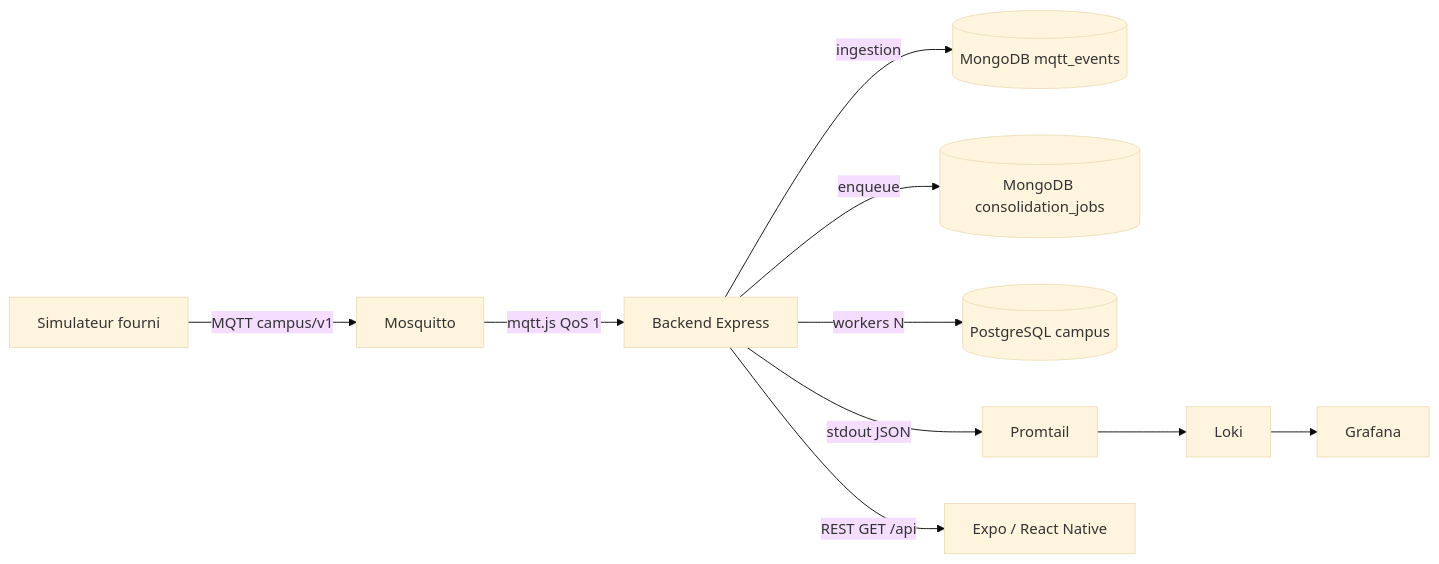
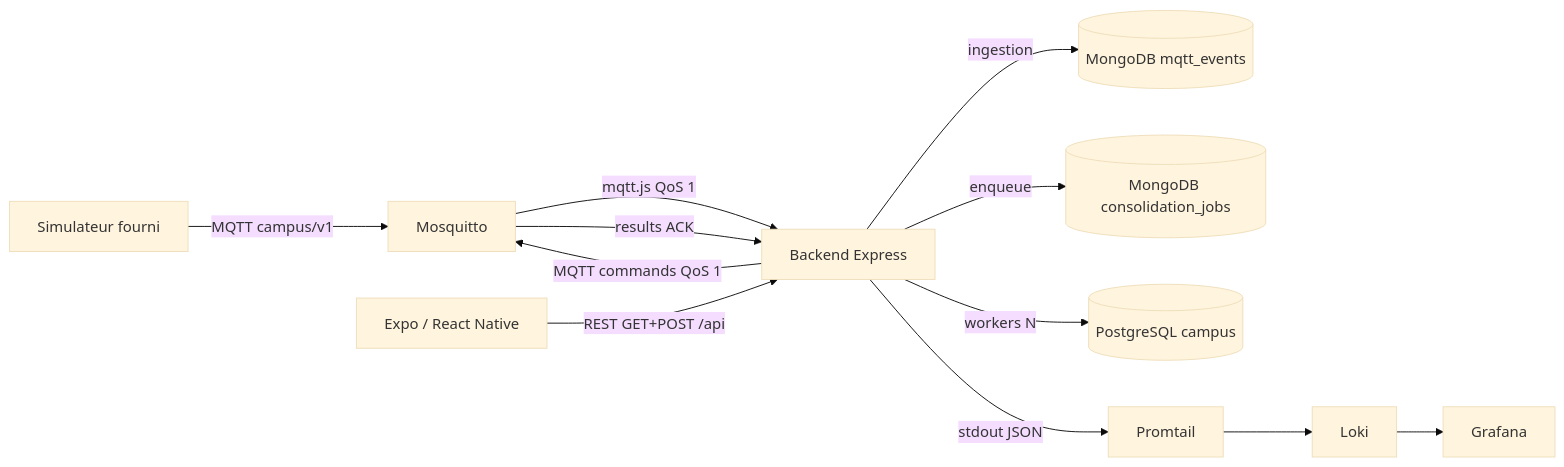
Before and after one commit to EliotGIRAUD/campus-connecte: the diagram in docs/architecture.md, drawn with Mermaid (base theme). The commit also changed other lines of this file and 22 other files, not shown here.

First line of the commit message:
J4: commandes ventilation avec ACK MQTT, timeout et UI d'attente.

````diff
--- a/docs/architecture.md
+++ b/docs/architecture.md
@@ -5,12 +5,14 @@
 ```mermaid
 flowchart LR
     S["Simulateur fourni"] -->|"MQTT campus/v1"| M["Mosquitto"]
     M -->|"mqtt.js QoS 1"| B["Backend Express"]
     B -->|"ingestion"| LAKE[("MongoDB mqtt_events")]
     B -->|"enqueue"| Q[("MongoDB consolidation_jobs")]
     B -->|"workers N"| PG[("PostgreSQL campus")]
     B -->|"stdout JSON"| P["Promtail"]
     P --> L["Loki"]
     L --> G["Grafana"]
-    B -->|"REST GET /api"| A["Expo / React Native"]
+    A["Expo / React Native"] -->|"REST GET+POST /api"| B
+    B -->|"MQTT commands QoS 1"| M
+    M -->|"results ACK"| B
 ```
````
